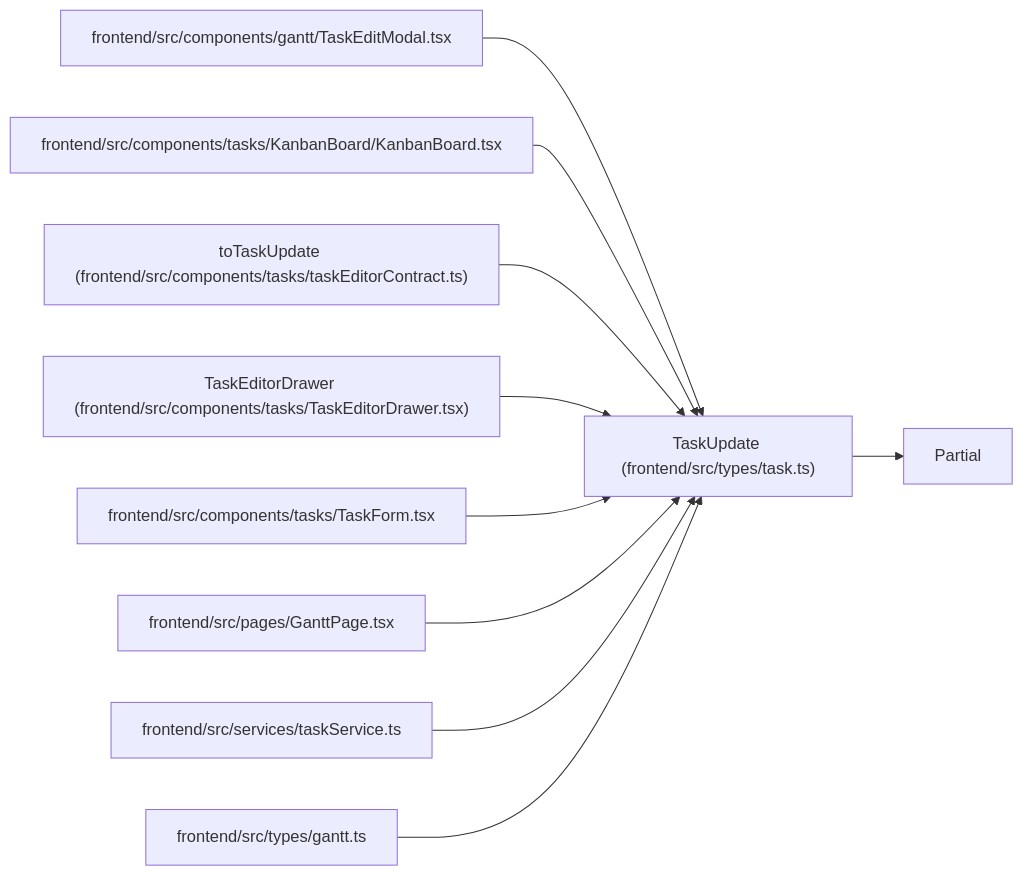
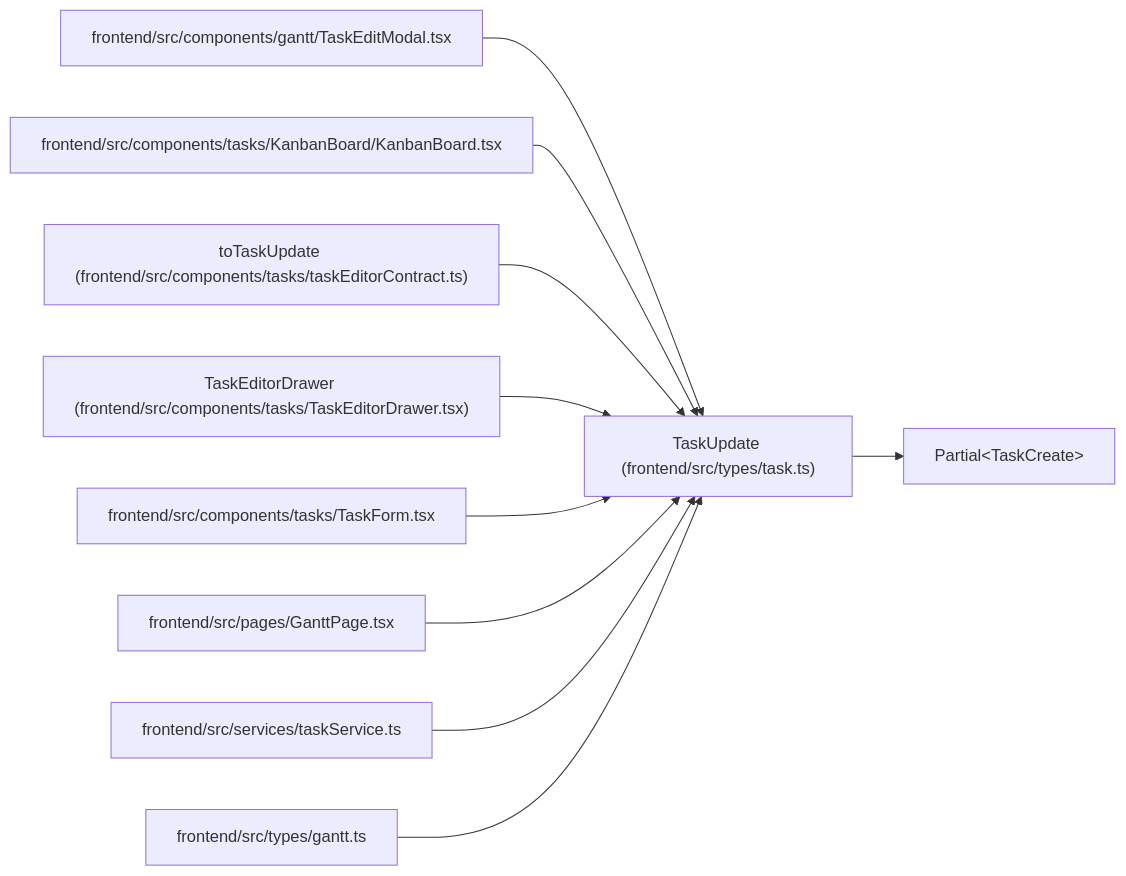
Before and after one commit to Denissvgn/WorkChord: the diagram in docs/llm_wiki/entities/types_task_TaskUpdate.md, drawn with Mermaid. The commit also changed other lines of this file and 25171 other files, not shown here.

````diff
--- a/docs/llm_wiki/entities/types_task_TaskUpdate.md
+++ b/docs/llm_wiki/entities/types_task_TaskUpdate.md
@@ -26,31 +26,31 @@
 ```mermaid
 flowchart LR
     n0["TaskUpdate (frontend/src/types/task.ts)"]
-    n1["Partial"]
+    n1["Partial#60;TaskCreate#62;"]
     n2["frontend/src/components/gantt/TaskEditModal.tsx"]
     n3["frontend/src/components/tasks/KanbanBoard/KanbanBoard.tsx"]
     n4["toTaskUpdate (frontend/src/components/tasks/taskEditorContract.ts)"]
     n5["TaskEditorDrawer (frontend/src/components/tasks/TaskEditorDrawer.tsx)"]
     n6["frontend/src/components/tasks/TaskForm.tsx"]
     n7["frontend/src/pages/GanttPage.tsx"]
     n8["frontend/src/services/taskService.ts"]
     n9["frontend/src/types/gantt.ts"]
     n0 --> n1
     n2 --> n0
     n3 --> n0
     n4 --> n0
     n5 --> n0
     n6 --> n0
     n7 --> n0
     n8 --> n0
     n9 --> n0
     click n0 "../modules/types_task.md"
     click n2 "../modules/TaskEditModal.md"
     click n3 "../modules/KanbanBoard.md"
     click n4 "../modules/taskEditorContract.md"
     click n5 "../modules/TaskEditorDrawer.md"
     click n6 "../modules/TaskForm.md"
     click n7 "../modules/GanttPage.md"
     click n8 "../modules/taskService.md"
     click n9 "../modules/types_gantt.md"
 ```
````
